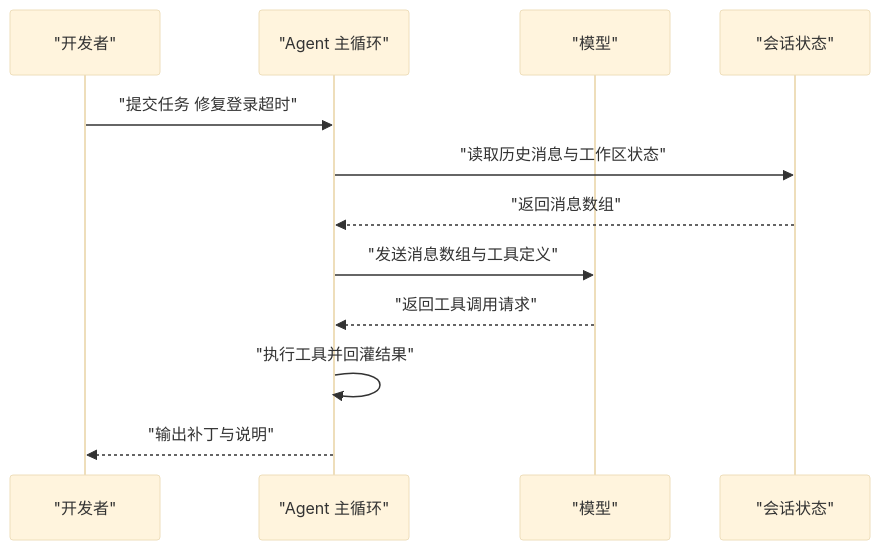
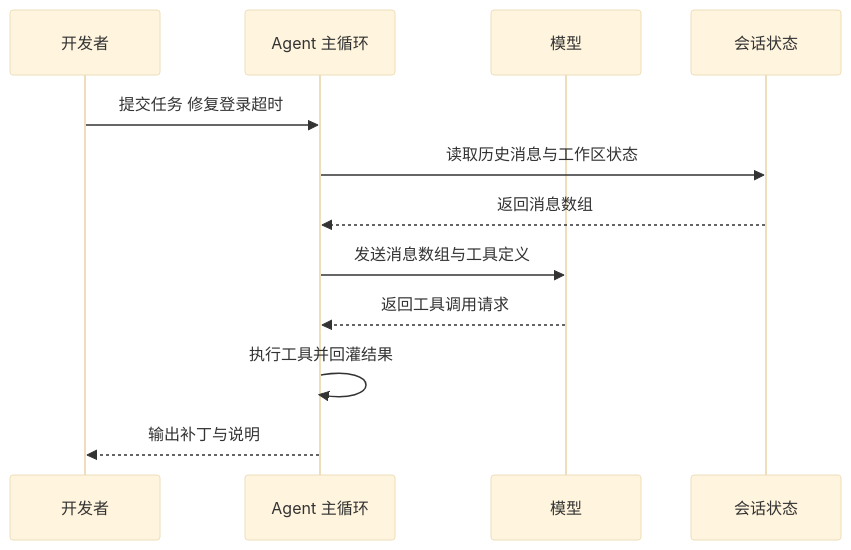
The third of 8 diagrams in docs/agent/foundations/coding-agent-comparison.md (Shyu-x/frontend-interview), drawn with Mermaid (base theme) before and after one commit. The commit also changed other lines of this file and 23 other files, not shown here.

First line of the commit message:
fix(docs): 修复 28 张无法渲染的 Mermaid 图，新增真实解析器校验与 PDF 下载页

````diff
--- a/docs/agent/foundations/coding-agent-comparison.md
+++ b/docs/agent/foundations/coding-agent-comparison.md
@@ -235,14 +235,14 @@
 ```mermaid
 sequenceDiagram
-  participant U as "开发者"
-  participant A as "Agent 主循环"
-  participant M as "模型"
-  participant S as "会话状态"
-  U->>A: "提交任务 修复登录超时"
-  A->>S: "读取历史消息与工作区状态"
-  S-->>A: "返回消息数组"
-  A->>M: "发送消息数组与工具定义"
-  M-->>A: "返回工具调用请求"
-  A->>A: "执行工具并回灌结果"
-  A-->>U: "输出补丁与说明"
+  participant U as 开发者
+  participant A as Agent 主循环
+  participant M as 模型
+  participant S as 会话状态
+  U->>A: 提交任务 修复登录超时
+  A->>S: 读取历史消息与工作区状态
+  S-->>A: 返回消息数组
+  A->>M: 发送消息数组与工具定义
+  M-->>A: 返回工具调用请求
+  A->>A: 执行工具并回灌结果
+  A-->>U: 输出补丁与说明
 ```
````
